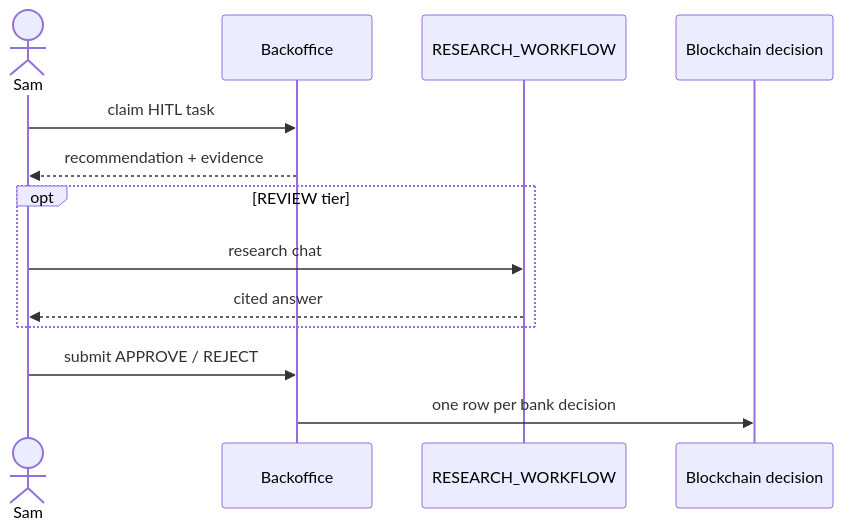
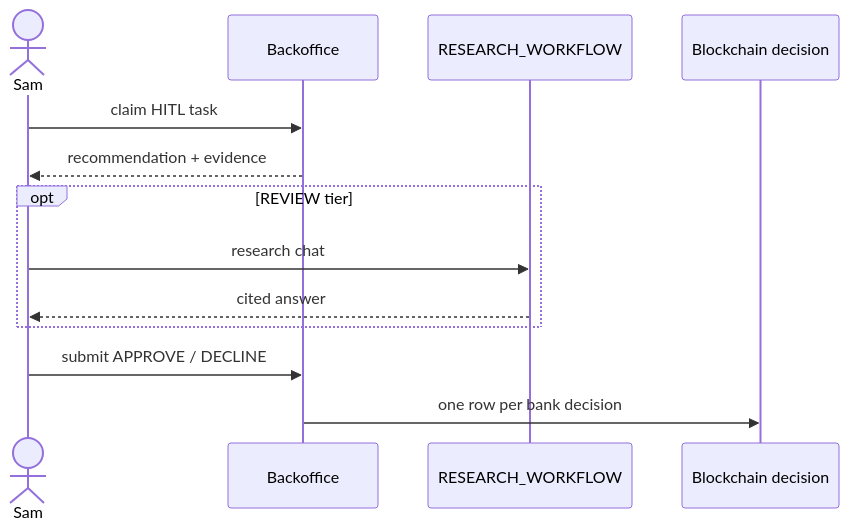
The fourth of 4 diagrams in README.md (vmleon/oracle-database-private-agent-factory-poc), drawn with Mermaid before and after one commit. The commit also changed other lines of this file and 17 other files, not shown here.

Commit message:
feat(backoffice): rename Reject to Decline and refine review UI

````diff
--- a/README.md
+++ b/README.md
@@ -69,15 +69,15 @@
 ```mermaid
 sequenceDiagram
     actor Sam
     participant BO as Backoffice
     participant Research as RESEARCH_WORKFLOW
     participant Decision as Blockchain decision
     Sam->>BO: claim HITL task
     BO-->>Sam: recommendation + evidence
     opt REVIEW tier
         Sam->>Research: research chat
         Research-->>Sam: cited answer
     end
-    Sam->>BO: submit APPROVE / REJECT
+    Sam->>BO: submit APPROVE / DECLINE
     BO->>Decision: one row per bank decision
 ```
````
